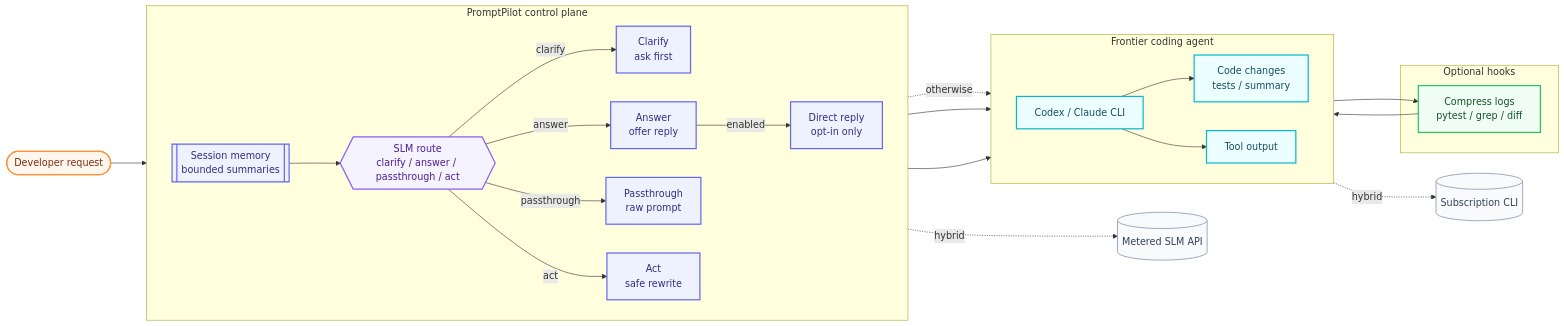
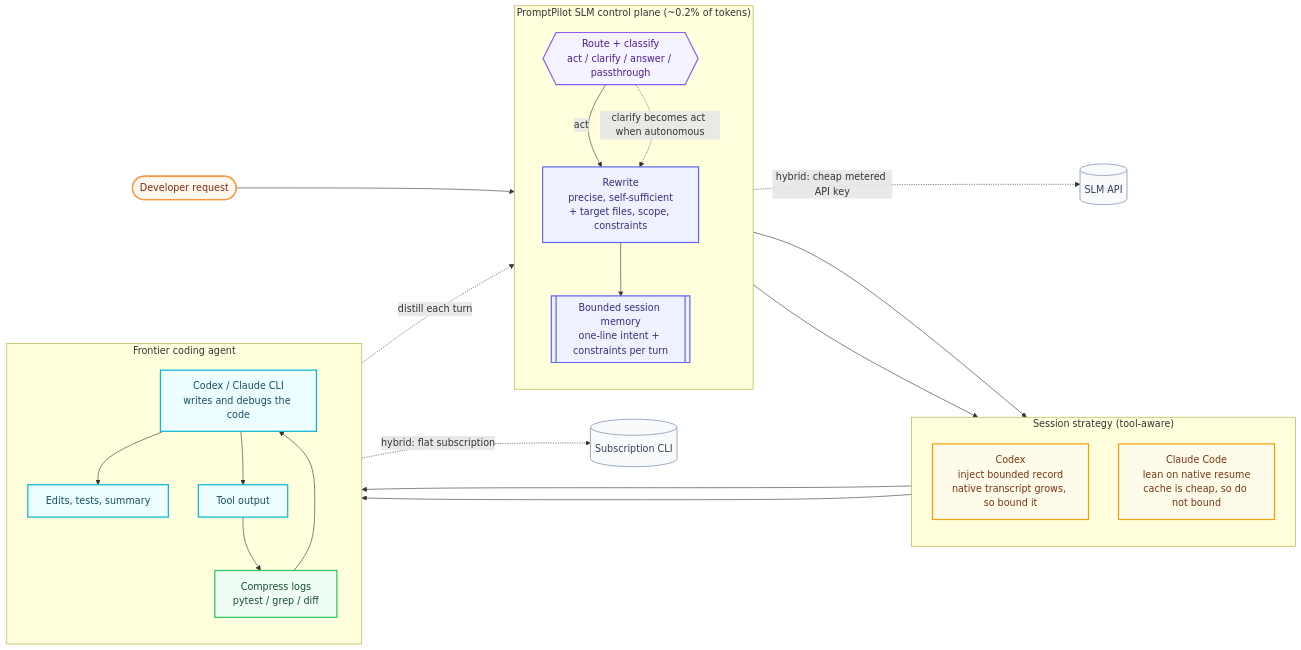
The diagram in README.md (steyangdot/PromptPilot), drawn with Mermaid before and after one commit. The commit also changed other lines of this file, not shown here.

Commit message:
docs(readme): redesign 'How it works' diagram — SLM control plane + tool-aware session
Replaces the generic routing flowchart with one that carries the actual model:
- SLM control plane framed as a tiny (~0.2%) layer that shapes the agent's work
- the bounded-session memory LOOP (distill each turn -> record -> inject next turn)
- the tool-aware session strategy (bound on Codex; native --resume on Claude)
- the autonomous clarify->act degrade (v0.3.1)
- hybrid auth (cheap metered SLM API + flat-fee subscription agent)
Same GitHub-safe Mermaid syntax patterns as before.

````diff
--- a/README.md
+++ b/README.md
@@ -36,54 +36,55 @@
 ```mermaid
-%%{init: {"flowchart": {"curve": "basis", "nodeSpacing": 48, "rankSpacing": 60}}}%%
+%%{init: {"flowchart": {"curve": "basis", "nodeSpacing": 50, "rankSpacing": 64}}}%%
 flowchart LR
   U([Developer request])
 
-  subgraph PP["PromptPilot control plane"]
-    direction LR
-    M[["Session memory<br/>bounded summaries"]]
-    C{{"SLM route<br/>clarify / answer / passthrough / act"}}
-    Q["Clarify<br/>ask first"]
-    A["Answer<br/>offer reply"]
-    D["Direct reply<br/>opt-in only"]
-    P["Passthrough<br/>raw prompt"]
-    R["Act<br/>safe rewrite"]
+  subgraph PP["PromptPilot SLM control plane (~0.2% of tokens)"]
+    direction TB
+    C{{"Route + classify<br/>act / clarify / answer / passthrough"}}
+    R["Rewrite<br/>precise, self-sufficient<br/>+ target files, scope, constraints"]
+    M[["Bounded session memory<br/>one-line intent + constraints per turn"]]
+  end
+
+  subgraph SS["Session strategy (tool-aware)"]
+    direction TB
+    K["Codex<br/>inject bounded record<br/>native transcript grows, so bound it"]
+    L["Claude Code<br/>lean on native resume<br/>cache is cheap, so do not bound"]
   end
 
   subgraph AG["Frontier coding agent"]
-    direction LR
-    F["Codex / Claude CLI"]
-    O["Code changes<br/>tests / summary"]
+    direction TB
+    F["Codex / Claude CLI<br/>writes and debugs the code"]
+    O["Edits, tests, summary"]
     T["Tool output"]
-  end
-
-  subgraph HK["Optional hooks"]
     H["Compress logs<br/>pytest / grep / diff"]
   end
 
-  U --> M --> C
-  C -->|clarify| Q
-  C -->|answer| A
-  A -->|enabled| D
-  A -.->|otherwise| F
-  C -->|passthrough| P --> F
-  C -->|act| R --> F
+  U --> C
+  C -->|act| R
+  C -. "clarify becomes act when autonomous" .-> R
+  R --> M
+  M --> K --> F
+  M --> L --> F
   F --> O
   F --> T --> H --> F
+  O -. "distill each turn" .-> M
 
-  C -. "hybrid" .-> API[("Metered SLM API")]
-  F -. "hybrid" .-> SUB[("Subscription CLI")]
+  C -. "hybrid: cheap metered API key" .-> API[("SLM API")]
+  F -. "hybrid: flat subscription" .-> SUB[("Subscription CLI")]
 
   classDef entry fill:#fff7ed,stroke:#fb923c,stroke-width:2px,color:#7c2d12;
   classDef control fill:#eef2ff,stroke:#6366f1,stroke-width:2px,color:#312e81;
   classDef route fill:#f5f3ff,stroke:#8b5cf6,stroke-width:2px,color:#4c1d95;
+  classDef sess fill:#fffbeb,stroke:#f59e0b,stroke-width:2px,color:#78350f;
   classDef agent fill:#ecfeff,stroke:#06b6d4,stroke-width:2px,color:#164e63;
   classDef hook fill:#f0fdf4,stroke:#22c55e,stroke-width:2px,color:#14532d;
   classDef infra fill:#f8fafc,stroke:#94a3b8,stroke-width:1.5px,color:#334155;
 
   class U entry;
-  class M,Q,A,D,P,R control;
+  class R,M control;
   class C route;
+  class K,L sess;
   class F,O,T agent;
   class H hook;
   class API,SUB infra;
 ```
````
